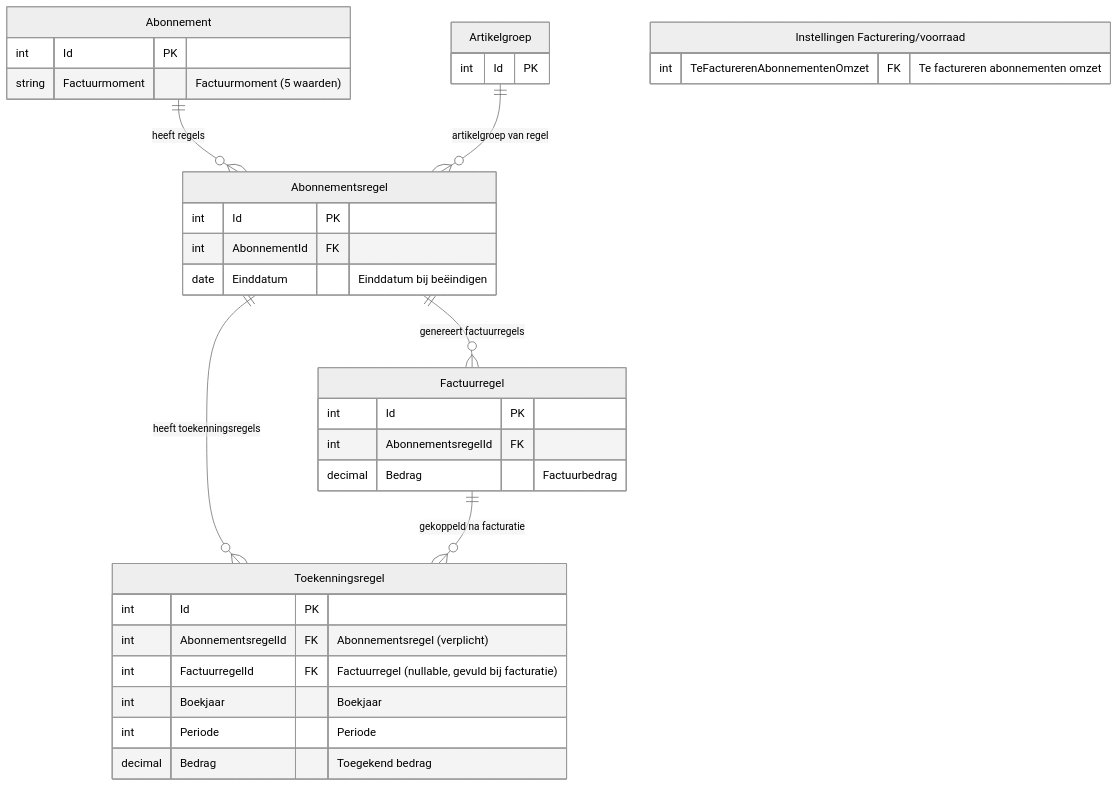
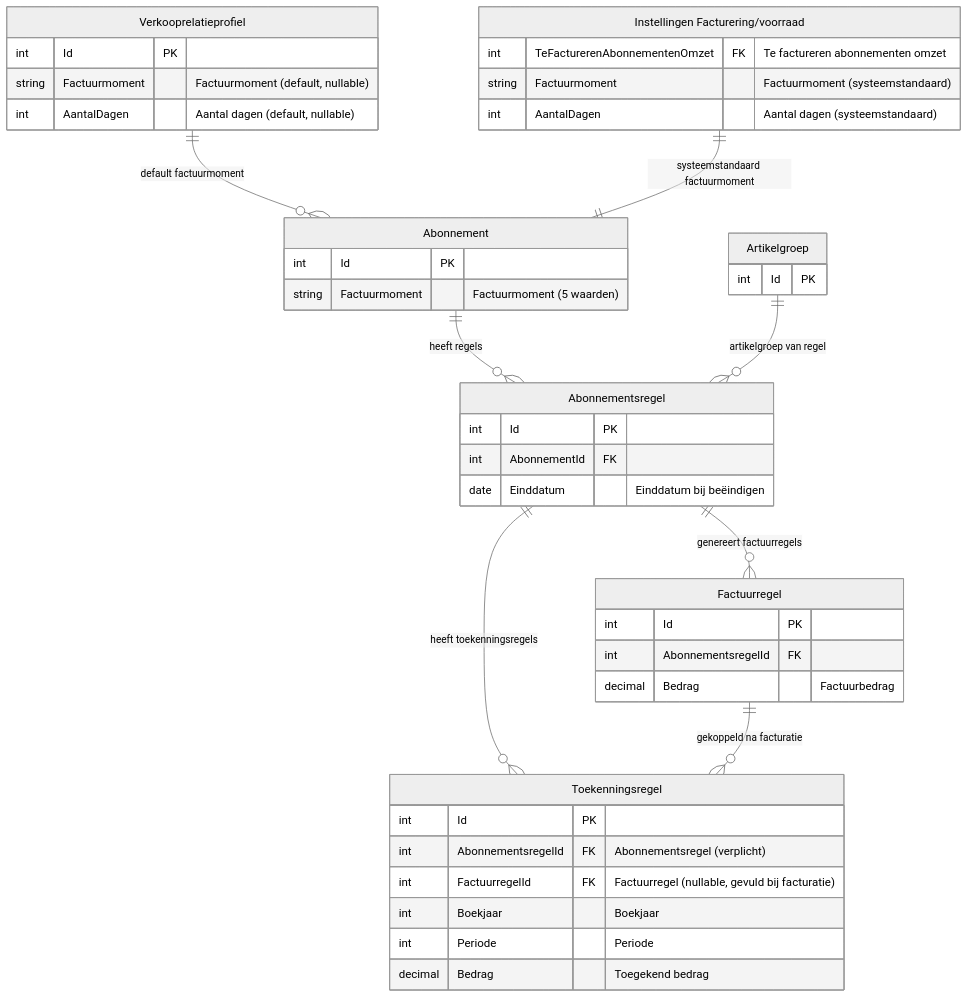
The eighth of 9 diagrams in rpt00692/ontwerp.md (AFASResearch/prototype-profit), drawn with Mermaid (neutral theme) before and after one commit. The commit also changed other lines of this file and 37 other files, not shown here.

````diff
--- a/rpt00692/ontwerp.md
+++ b/rpt00692/ontwerp.md
@@ -1181,37 +1217,46 @@
 ```mermaid
 erDiagram
+    Verkooprelatieprofiel {
+        int Id PK
+        string Factuurmoment "Factuurmoment (default, nullable)"
+        int AantalDagen "Aantal dagen (default, nullable)"
+    }
     Abonnement {
         int Id PK
         string Factuurmoment "Factuurmoment (5 waarden)"
     }
     Abonnementsregel {
         int Id PK
         int AbonnementId FK
         date Einddatum "Einddatum bij beëindigen"
     }
     Factuurregel {
         int Id PK
         int AbonnementsregelId FK
         decimal Bedrag "Factuurbedrag"
     }
     Artikelgroep {
         int Id PK
     }
     InstellingenFactureringVoorraad["Instellingen Facturering/voorraad"] {
         int TeFacturerenAbonnementenOmzet FK "Te factureren abonnementen omzet"
+        string Factuurmoment "Factuurmoment (systeemstandaard)"
+        int AantalDagen "Aantal dagen (systeemstandaard)"
     }
     Toekenningsregel {
         int Id PK
         int AbonnementsregelId FK "Abonnementsregel (verplicht)"
         int FactuurregelId FK "Factuurregel (nullable, gevuld bij facturatie)"
         int Boekjaar "Boekjaar"
         int Periode "Periode"
         decimal Bedrag "Toegekend bedrag"
     }
 
     Abonnement ||--o{ Abonnementsregel : "heeft regels"
     Abonnementsregel ||--o{ Factuurregel : "genereert factuurregels"
     Abonnementsregel ||--o{ Toekenningsregel : "heeft toekenningsregels"
     Factuurregel ||--o{ Toekenningsregel : "gekoppeld na facturatie"
     Artikelgroep ||--o{ Abonnementsregel : "artikelgroep van regel"
+    Verkooprelatieprofiel ||--o{ Abonnement : "default factuurmoment"
+    InstellingenFactureringVoorraad ||--|| Abonnement : "systeemstandaard factuurmoment"
 ```
````
